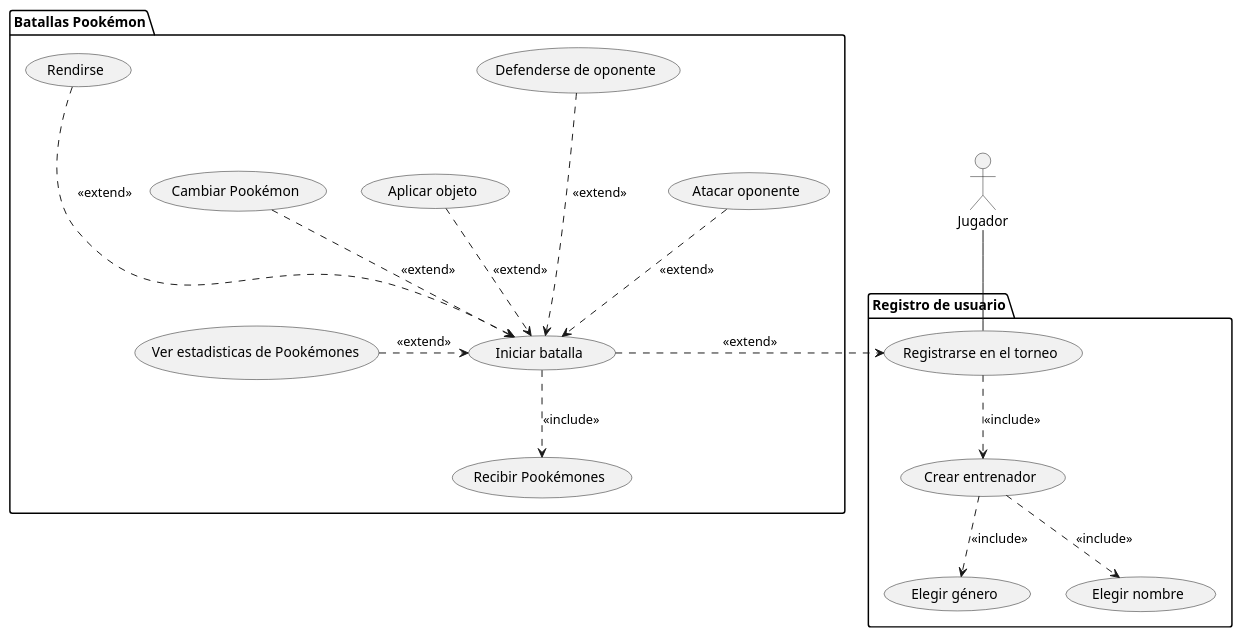
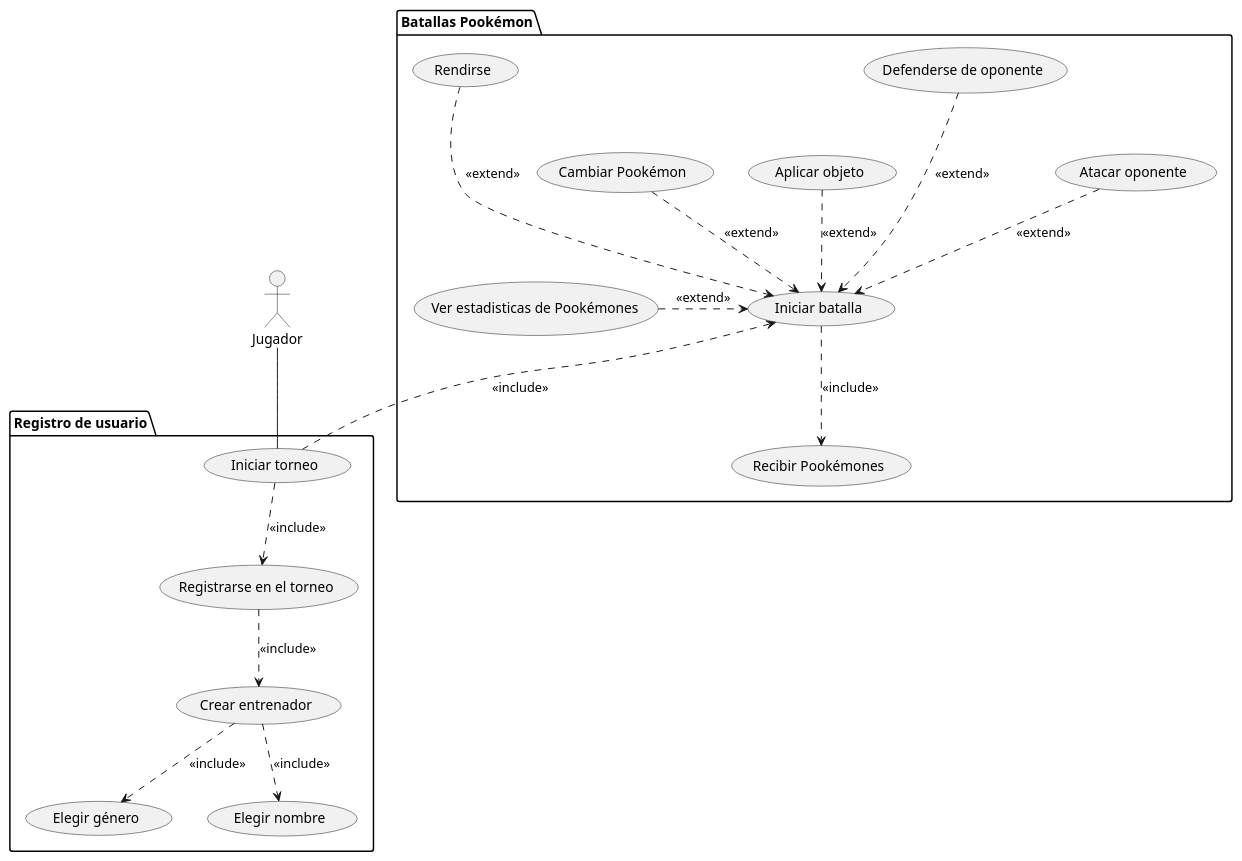
One commit to Edmh1/Poo-Kemon-proyecto changed the diagram in 5 uml casos de uso.plantuml. Above: the diagram before and after it, drawn with PlantUML.

Commit message:
Cambios en el diagrama de casos de uso

```diff
--- a/5 uml casos de uso.plantuml
+++ b/5 uml casos de uso.plantuml
@@ -1,45 +1,46 @@
 @startuml caso de uso nivel 0
 
 actor Jugador
 
 package "Registro de usuario" {
     
     usecase "Crear entrenador" as creEnt
     usecase "Elegir género" as eleGen
     usecase "Elegir nombre" as eleNom
 
+    usecase "Iniciar torneo" as iniTor
     usecase "Registrarse en el torneo" as resTor
-    Jugador -- resTor
+    Jugador -- iniTor
+    iniTor ..> resTor: <<include>> 
 
     creEnt ..> eleGen: <<include>>
     creEnt ..> eleNom: <<include>>
     
 }
 
 package "Batallas Pookémon" {
     
     usecase "Iniciar batalla" as iniBat
     usecase "Recibir Pookémones" as recPoo
-    
 
     usecase "Ver estadisticas de Pookémones" as verEst
     usecase "Atacar oponente" as ataOpo
     usecase "Defenderse de oponente" as defOpo
     usecase "Aplicar objeto" as aplObj
     usecase "Cambiar Pookémon" as camPoo
     usecase "Rendirse" as ren
 
-    iniBat .> resTor: <<extend>>
+    iniBat <.. iniTor: <<include>>
     resTor ..> creEnt: <<include>>
     
     verEst .> iniBat: <<extend>>
     ataOpo ..> iniBat: <<extend>>
     defOpo ...> iniBat: <<extend>>
     aplObj ..> iniBat: <<extend>>
     camPoo ..> iniBat: <<extend>>
     ren ...> iniBat: <<extend>>
 
     iniBat ..> recPoo: <<include>>
     
 }
 @enduml
```
